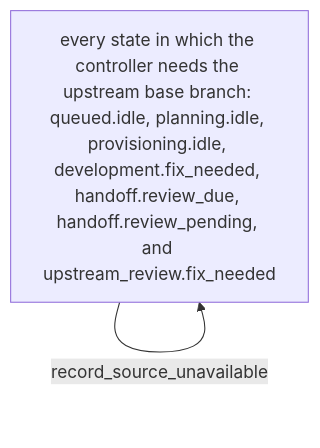
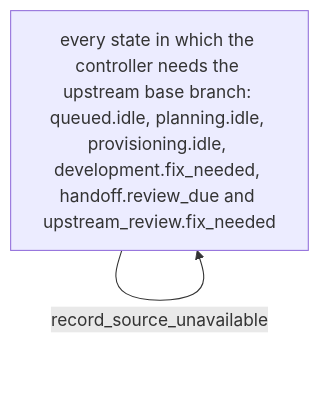
Diagram 35 of 36 in docs/state-machine/index.md (riseproject-dev/porting-agent), drawn with Mermaid before and after one commit. The commit also changed other lines of this file and 60 other files, not shown here.

````diff
--- a/docs/state-machine/index.md
+++ b/docs/state-machine/index.md
@@ -1063,6 +1033,6 @@
 ```mermaid
 flowchart TB
-    any["every state in which the controller needs the upstream base branch: queued.idle, planning.idle, provisioning.idle, development.fix_needed, handoff.review_due, handoff.review_pending, and upstream_review.fix_needed"]
+    any["every state in which the controller needs the upstream base branch: queued.idle, planning.idle, provisioning.idle, development.fix_needed, handoff.review_due and upstream_review.fix_needed"]
 
     any -->|record_source_unavailable| any
 ```
````
